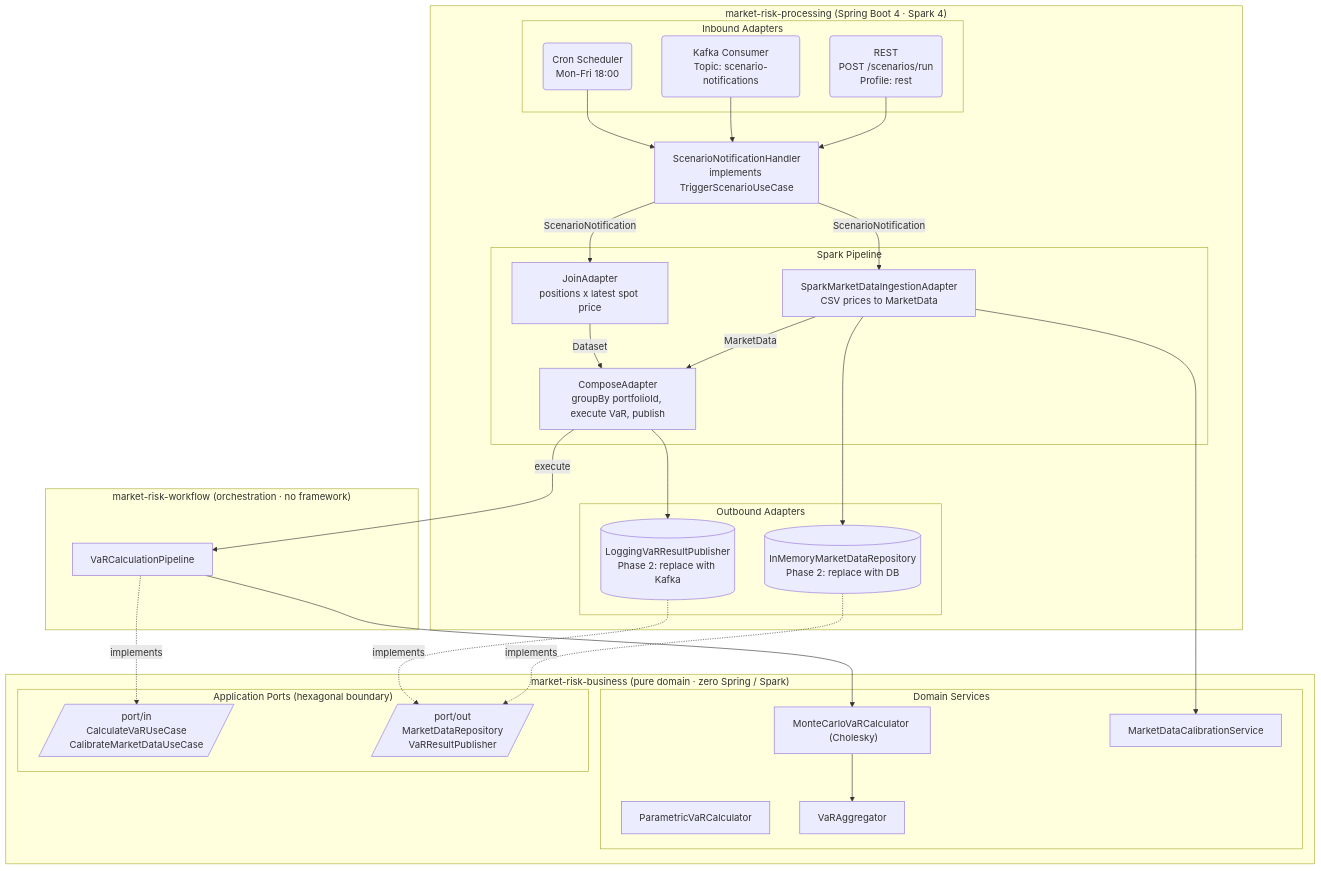
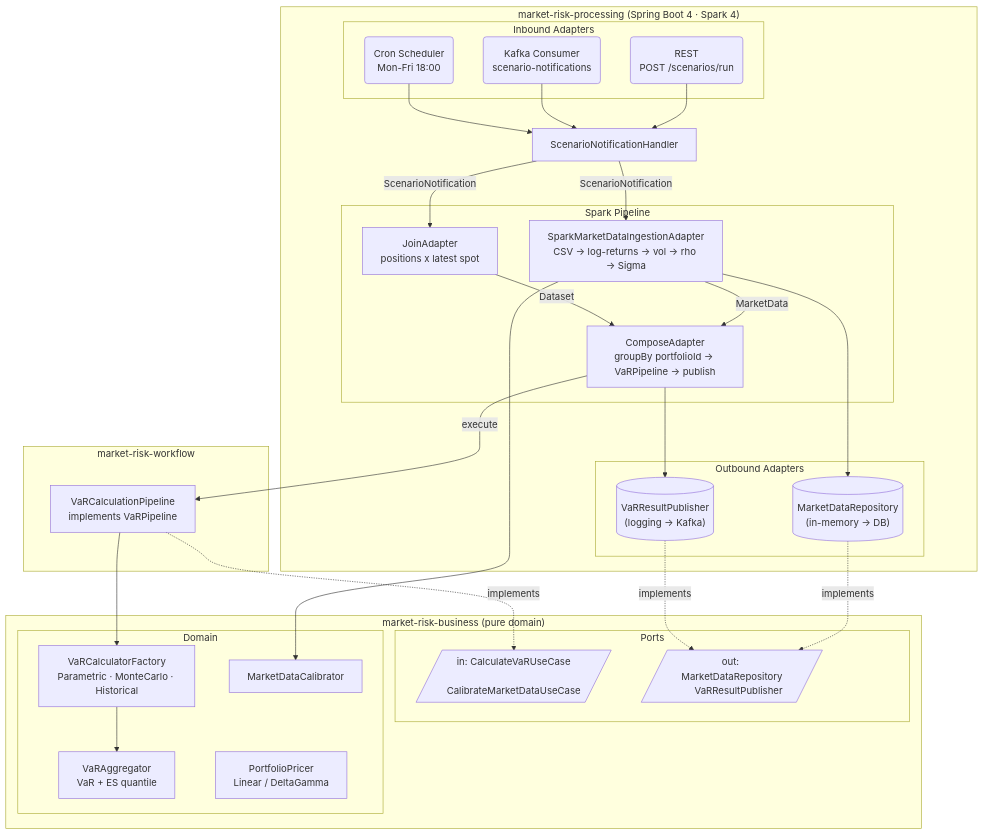
The first of 2 diagrams in README.md (kacemjd/market-risk-quant), drawn with Mermaid before and after one commit. The commit also changed other lines of this file, not shown here.

Commit message:
docs: rewrite README — concise, no emojis, architecture-first

````diff
--- a/README.md
+++ b/README.md
@@ -60,54 +32,54 @@
 ```mermaid
 flowchart TB
     subgraph PROC["market-risk-processing  (Spring Boot 4 · Spark 4)"]
         subgraph IN["Inbound Adapters"]
-            REST("REST\nPOST /scenarios/run\nProfile: rest")
-            KFK("Kafka Consumer\nTopic: scenario-notifications")
+            REST("REST\nPOST /scenarios/run")
+            KFK("Kafka Consumer\nscenario-notifications")
             CRON("Cron Scheduler\nMon-Fri 18:00")
         end
-        HANDLER["ScenarioNotificationHandler\nimplements TriggerScenarioUseCase"]
-        subgraph SPKPIPE["Spark Pipeline"]
-            INGEST["SparkMarketDataIngestionAdapter\nCSV prices to MarketData"]
-            JOIN["JoinAdapter\npositions x latest spot price"]
-            COMPOSE["ComposeAdapter\ngroupBy portfolioId, execute VaR, publish"]
+        HANDLER["ScenarioNotificationHandler"]
+        subgraph SPARK["Spark Pipeline"]
+            INGEST["SparkMarketDataIngestionAdapter\nCSV → log-returns → vol → rho → Sigma"]
+            JOIN["JoinAdapter\npositions x latest spot"]
+            COMPOSE["ComposeAdapter\ngroupBy portfolioId → VaRPipeline → publish"]
         end
         subgraph OUT["Outbound Adapters"]
-            MDREP[("InMemoryMarketDataRepository\nPhase 2: replace with DB")]
-            PUB[("LoggingVaRResultPublisher\nPhase 2: replace with Kafka")]
+            MDREP[("MarketDataRepository\n(in-memory → DB)")]
+            PUB[("VaRResultPublisher\n(logging → Kafka)")]
         end
     end
 
-    subgraph WF["market-risk-workflow  (orchestration · no framework)"]
-        VPL["VaRCalculationPipeline"]
+    subgraph WF["market-risk-workflow"]
+        VPL["VaRCalculationPipeline\nimplements VaRPipeline"]
     end
 
-    subgraph BIZ["market-risk-business  (pure domain · zero Spring / Spark)"]
-        subgraph DOMAIN["Domain Services"]
-            PV["ParametricVaRCalculator"]
-            MC["MonteCarloVaRCalculator  (Cholesky)"]
-            AGG["VaRAggregator"]
-            CAL["MarketDataCalibrationService"]
+    subgraph BIZ["market-risk-business  (pure domain)"]
+        subgraph PORTS["Ports"]
+            PIN[/"in: CalculateVaRUseCase\n    CalibrateMarketDataUseCase"/]
+            POUT[/"out: MarketDataRepository\n     VaRResultPublisher"/]
         end
-        subgraph PORTS["Application Ports  (hexagonal boundary)"]
-            PIN[/"port/in\nCalculateVaRUseCase\nCalibrateMarketDataUseCase"/]
-            POUT[/"port/out\nMarketDataRepository\nVaRResultPublisher"/]
+        subgraph DOMAIN["Domain"]
+            CALC["VaRCalculatorFactory\nParametric · MonteCarlo · Historical"]
+            AGG["VaRAggregator\nVaR + ES quantile"]
+            CAL["MarketDataCalibrator"]
+            PRICER["PortfolioPricer\nLinear / DeltaGamma"]
         end
     end
 
-    REST  --> HANDLER
-    KFK   --> HANDLER
-    CRON  --> HANDLER
+    REST --> HANDLER
+    KFK  --> HANDLER
+    CRON --> HANDLER
     HANDLER -->|ScenarioNotification| INGEST
     HANDLER -->|ScenarioNotification| JOIN
     INGEST --> MDREP
     INGEST -->|MarketData| COMPOSE
     JOIN   -->|Dataset| COMPOSE
+    COMPOSE -->|execute| VPL
     COMPOSE --> PUB
-    COMPOSE -->|execute| VPL
-    VPL --> MC
-    MC  --> AGG
+    VPL --> CALC
+    CALC --> AGG
     INGEST --> CAL
     MDREP -. implements .-> POUT
     PUB   -. implements .-> POUT
     VPL   -. implements .-> PIN
 ```
````
